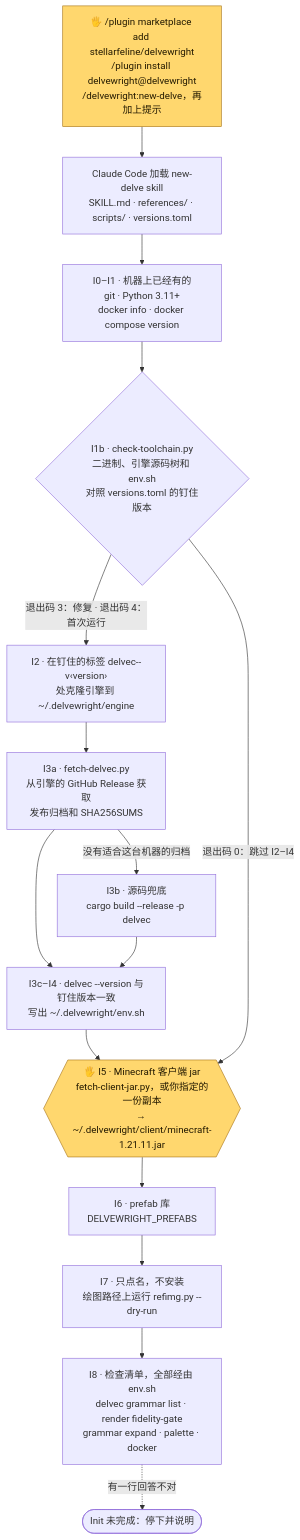
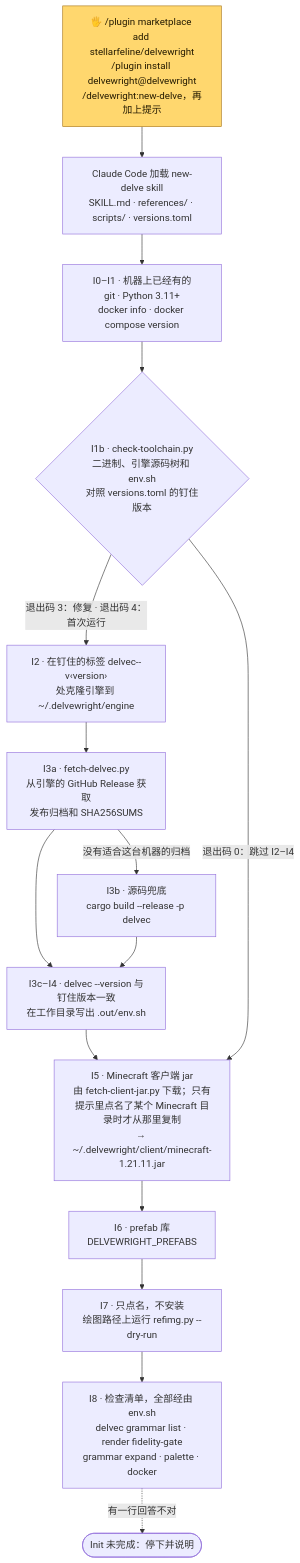
One commit to stellarfeline/delvewright changed the second of 9 diagrams in docs/how-it-works.zh-CN.md. Above: the diagram before and after it, drawn with Mermaid. The commit also changed other lines of this file and 7 other files, not shown here.

````diff
--- a/docs/how-it-works.zh-CN.md
+++ b/docs/how-it-works.zh-CN.md
@@ -26,20 +26,20 @@
 ```mermaid
 flowchart TD
     U["🖐 /plugin marketplace add stellarfeline/delvewright<br/>/plugin install delvewright@delvewright<br/>/delvewright:new-delve，再加上提示"]:::human
     U --> CC["Claude Code 加载 new-delve skill<br/>SKILL.md · references/ · scripts/ · versions.toml"]
     CC --> I1["I0–I1 · 机器上已经有的<br/>git · Python 3.11+<br/>docker info · docker compose version"]
     I1 --> I1B{"I1b · check-toolchain.py<br/>二进制、引擎源码树和 env.sh<br/>对照 versions.toml 的钉住版本"}
     I1B -->|"退出码 3：修复 · 退出码 4：首次运行"| I2["I2 · 在钉住的标签 delvec--v‹version›<br/>处克隆引擎到 ~/.delvewright/engine"]
     I2 --> I3A["I3a · fetch-delvec.py<br/>从引擎的 GitHub Release 获取<br/>发布归档和 SHA256SUMS"]
     I3A -->|"没有适合这台机器的归档"| I3B["I3b · 源码兜底<br/>cargo build --release -p delvec"]
-    I3A --> I4["I3c–I4 · delvec --version 与钉住版本一致<br/>写出 ~/.delvewright/env.sh"]
+    I3A --> I4["I3c–I4 · delvec --version 与钉住版本一致<br/>在工作目录写出 .out/env.sh"]
     I3B --> I4
-    I4 --> I5{{"🖐 I5 · Minecraft 客户端 jar<br/>fetch-client-jar.py，或你指定的一份副本<br/>→ ~/.delvewright/client/minecraft-1.21.11.jar"}}:::human
+    I4 --> I5["I5 · Minecraft 客户端 jar<br/>由 fetch-client-jar.py 下载；只有提示里点名了某个 Minecraft 目录时才从那里复制<br/>→ ~/.delvewright/client/minecraft-1.21.11.jar"]
     I1B -->|"退出码 0：跳过 I2–I4"| I5
     I5 --> I6["I6 · prefab 库<br/>DELVEWRIGHT_PREFABS"]
     I6 --> I7["I7 · 只点名，不安装<br/>绘图路径上运行 refimg.py --dry-run"]
     I7 --> I8["I8 · 检查清单，全部经由 env.sh<br/>delvec grammar list · render fidelity-gate<br/>grammar expand · palette · docker"]
     I8 -.->|"有一行回答不对"| STOP(["Init 未完成：停下并说明"])
 
     classDef human fill:#ffd76e,stroke:#a9761a,color:#241a00
 ```
````
